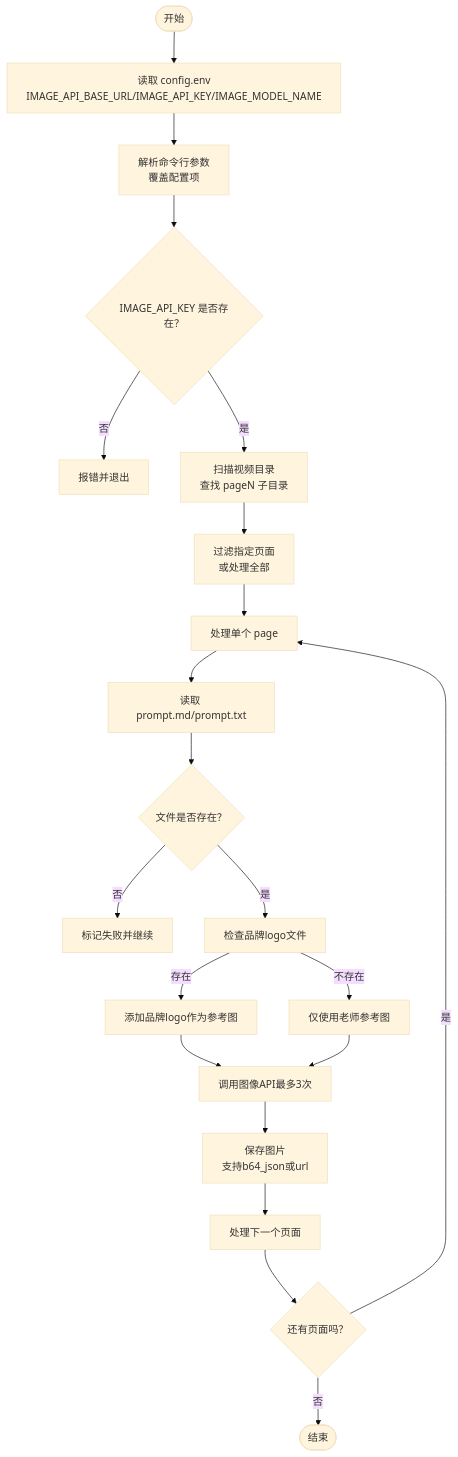
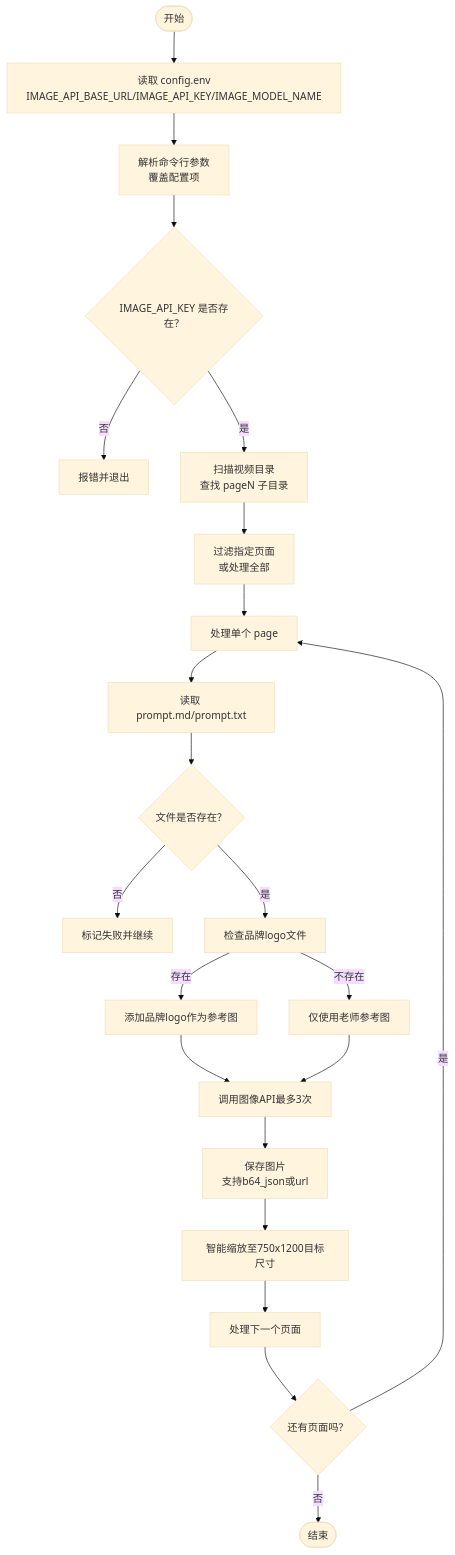
One commit to WongMingJiu/landingpage-test-hero-page changed the fifth of 7 diagrams in .qoder/repowiki/zh/content/配置和定制/API配置.md. Above: the diagram before and after it, drawn with Mermaid (base theme). The commit also changed other lines of this file and 12 other files, not shown here.

````diff
--- a/.qoder/repowiki/zh/content/配置和定制/API配置.md
+++ b/.qoder/repowiki/zh/content/配置和定制/API配置.md
@@ -323,23 +332,24 @@
 ```mermaid
 flowchart TD
 Start(["开始"]) --> LoadConfig["读取 config.env<br/>IMAGE_API_BASE_URL/IMAGE_API_KEY/IMAGE_MODEL_NAME"]
 LoadConfig --> ParseArgs["解析命令行参数<br/>覆盖配置项"]
 ParseArgs --> CheckKey{"IMAGE_API_KEY 是否存在？"}
 CheckKey --> |否| ExitErr["报错并退出"]
 CheckKey --> |是| ScanPages["扫描视频目录<br/>查找 pageN 子目录"]
 ScanPages --> FilterPages["过滤指定页面<br/>或处理全部"]
 FilterPages --> ProcessPage["处理单个 page"]
 ProcessPage --> ReadPrompt["读取 prompt.md/prompt.txt"]
 ReadPrompt --> CheckFiles{"文件是否存在？"}
 CheckFiles --> |否| PageFail["标记失败并继续"]
 CheckFiles --> |是| CheckBrandLogo["检查品牌logo文件"]
 CheckBrandLogo --> |存在| AddBrandRef["添加品牌logo作为参考图"]
 CheckBrandLogo --> |不存在| UseTeacherOnly["仅使用老师参考图"]
 AddBrandRef --> CallAPI["调用图像API最多3次"]
 UseTeacherOnly --> CallAPI
 CallAPI --> SaveImage["保存图片<br/>支持b64_json或url"]
-SaveImage --> NextPage["处理下一个页面"]
+SaveImage --> Resize["智能缩放至750x1200目标尺寸"]
+Resize --> NextPage["处理下一个页面"]
 NextPage --> Done{"还有页面吗？"}
 Done --> |是| ProcessPage
 Done --> |否| End(["结束"])
 ```
````
